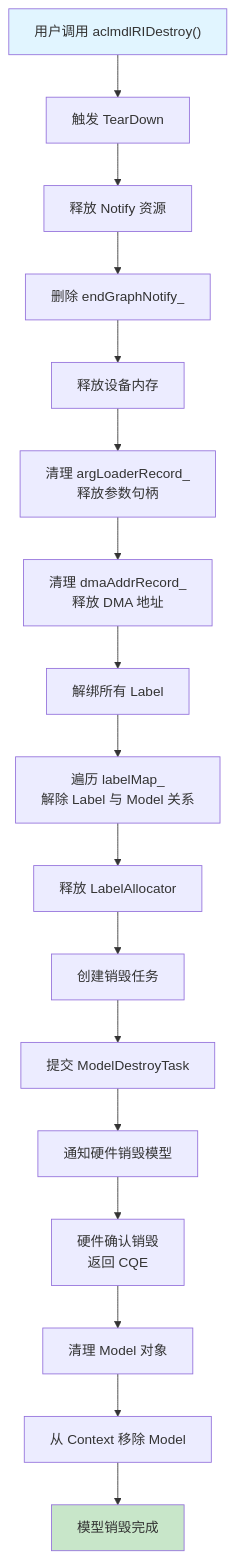
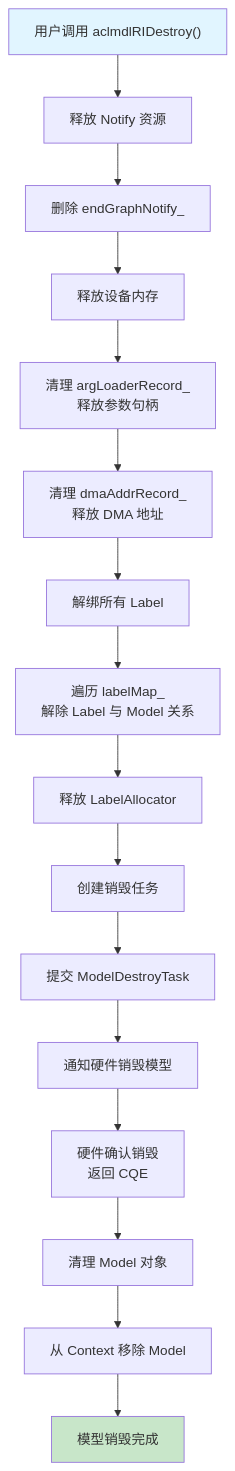
Before and after one commit to 18liumin/runtime: diagram 17 of 21 in docs/design/modules/model/model.md, drawn with Mermaid. The commit also changed other lines of this file, not shown here.

````diff
--- a/docs/design/modules/model/model.md
+++ b/docs/design/modules/model/model.md
@@ -573,27 +908,26 @@
 ```mermaid
 flowchart TD
-    A["用户调用 aclmdlRIDestroy()"] --> B["触发 TearDown"]
-    
-    B --> C["释放 Notify 资源"]
+    A["用户调用 aclmdlRIDestroy()"] --> C["释放 Notify 资源"]
+
     C --> D["删除 endGraphNotify_"]
     D --> E["释放设备内存"]
     
     E --> F["清理 argLoaderRecord_<br/>释放参数句柄"]
     F --> G["清理 dmaAddrRecord_<br/>释放 DMA 地址"]
     G --> H["解绑所有 Label"]
     
     H --> I["遍历 labelMap_<br/>解除 Label 与 Model 关系"]
     I --> J["释放 LabelAllocator"]
     J --> K["创建销毁任务"]
     
     K --> L["提交 ModelDestroyTask"]
     L --> M["通知硬件销毁模型"]
     M --> N["硬件确认销毁<br/>返回 CQE"]
     
     N --> O["清理 Model 对象"]
     O --> P["从 Context 移除 Model"]
     P --> Q["模型销毁完成"]
     
     style A fill:#e1f5ff
     style Q fill:#c8e6c9
 ```
````
